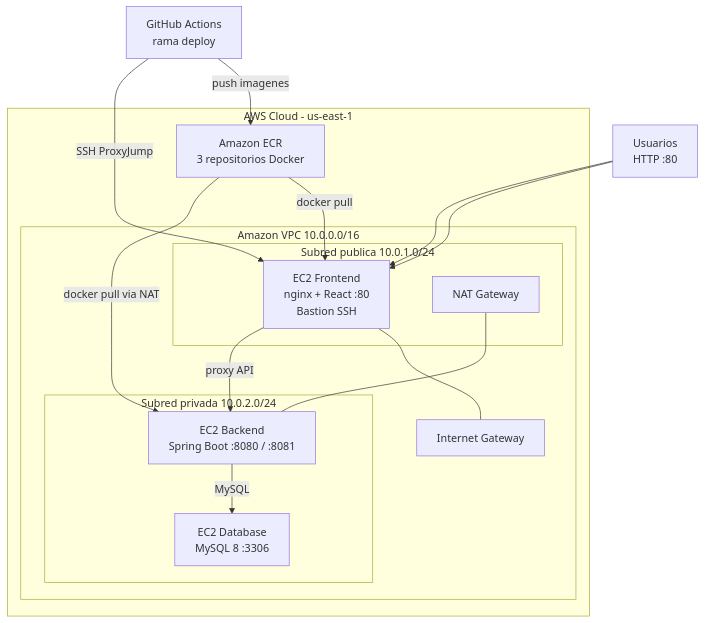
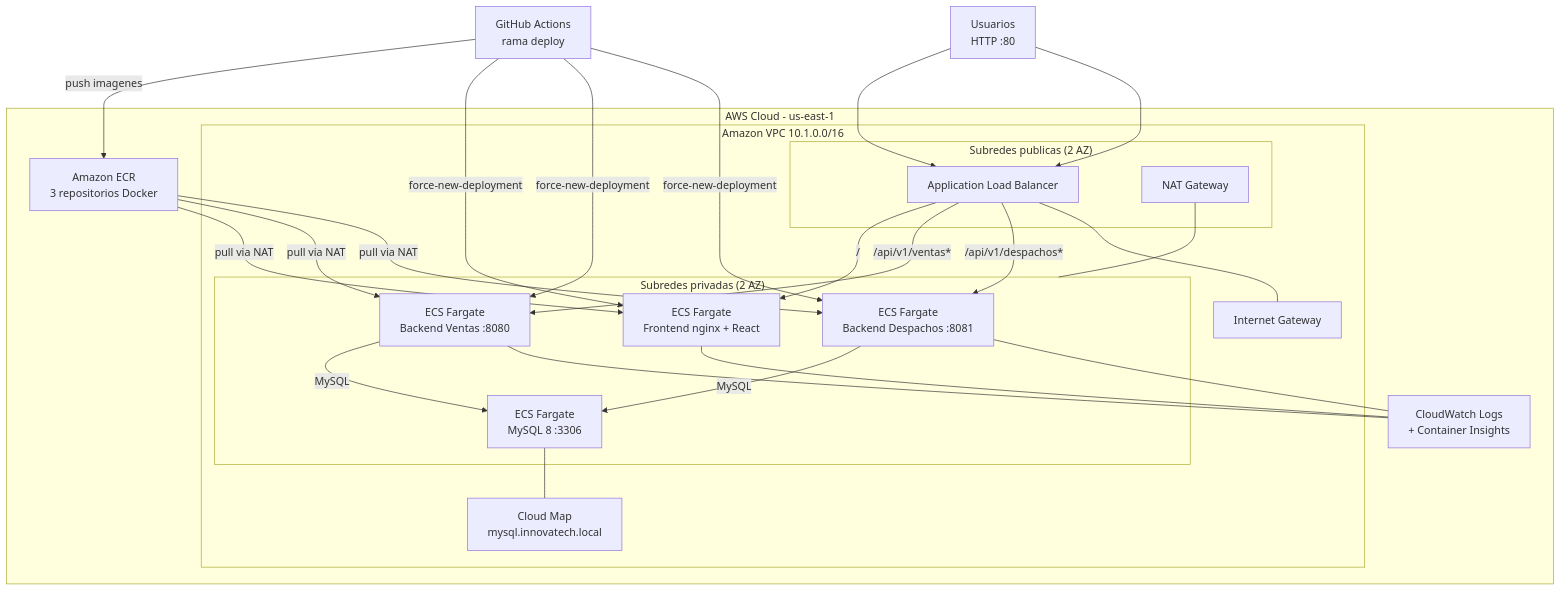
Before and after one commit to MonserratHL/Devops-EV2: the diagram in README.md, drawn with Mermaid. The commit also changed other lines of this file, not shown here.

First line of the commit message:
Documenta arquitectura EP3 con ECS Fargate y observabilidad

````diff
--- a/README.md
+++ b/README.md
@@ -18,29 +20,43 @@
 ```mermaid
 flowchart TB
-    U["Usuarios<br/>HTTP :80"] --> F
+    U["Usuarios<br/>HTTP :80"] --> ALB
 
     subgraph AWS["AWS Cloud - us-east-1"]
-        subgraph VPC["Amazon VPC 10.0.0.0/16"]
-            subgraph PUB["Subred publica 10.0.1.0/24"]
-                F["EC2 Frontend<br/>nginx + React :80<br/>Bastion SSH"]
+        subgraph VPC["Amazon VPC 10.1.0.0/16"]
+            subgraph PUB["Subredes publicas (2 AZ)"]
+                ALB["Application Load Balancer"]
                 NAT["NAT Gateway"]
             end
-            subgraph PRIV["Subred privada 10.0.2.0/24"]
-                B["EC2 Backend<br/>Spring Boot :8080 / :8081"]
-                D["EC2 Database<br/>MySQL 8 :3306"]
+            subgraph PRIV["Subredes privadas (2 AZ)"]
+                FE["ECS Fargate<br/>Frontend nginx + React"]
+                BV["ECS Fargate<br/>Backend Ventas :8080"]
+                BD["ECS Fargate<br/>Backend Despachos :8081"]
+                DB["ECS Fargate<br/>MySQL 8 :3306"]
             end
+            CM["Cloud Map<br/>mysql.innovatech.local"]
             IGW["Internet Gateway"]
         end
         ECR["Amazon ECR<br/>3 repositorios Docker"]
+        CW["CloudWatch Logs<br/>+ Container Insights"]
     end
 
-    GHA["GitHub Actions<br/>rama deploy"] -->|SSH ProxyJump| F
-    GHA -->|push imagenes| ECR
-    ECR -->|docker pull via NAT| B
-    ECR -->|docker pull| F
-    F -->|proxy API| B
-    B -->|MySQL| D
-    U --> F
-    F --- IGW
-    NAT --- B
+    GHA["GitHub Actions<br/>rama deploy"] -->|push imagenes| ECR
+    GHA -->|force-new-deployment| FE
+    GHA -->|force-new-deployment| BV
+    GHA -->|force-new-deployment| BD
+    ECR -->|pull via NAT| FE
+    ECR -->|pull via NAT| BV
+    ECR -->|pull via NAT| BD
+    ALB -->|"/"| FE
+    ALB -->|"/api/v1/ventas*"| BV
+    ALB -->|"/api/v1/despachos*"| BD
+    BV -->|MySQL| DB
+    BD -->|MySQL| DB
+    DB --- CM
+    FE --- CW
+    BV --- CW
+    BD --- CW
+    U --> ALB
+    NAT --- PRIV
+    ALB --- IGW
 ```
````
